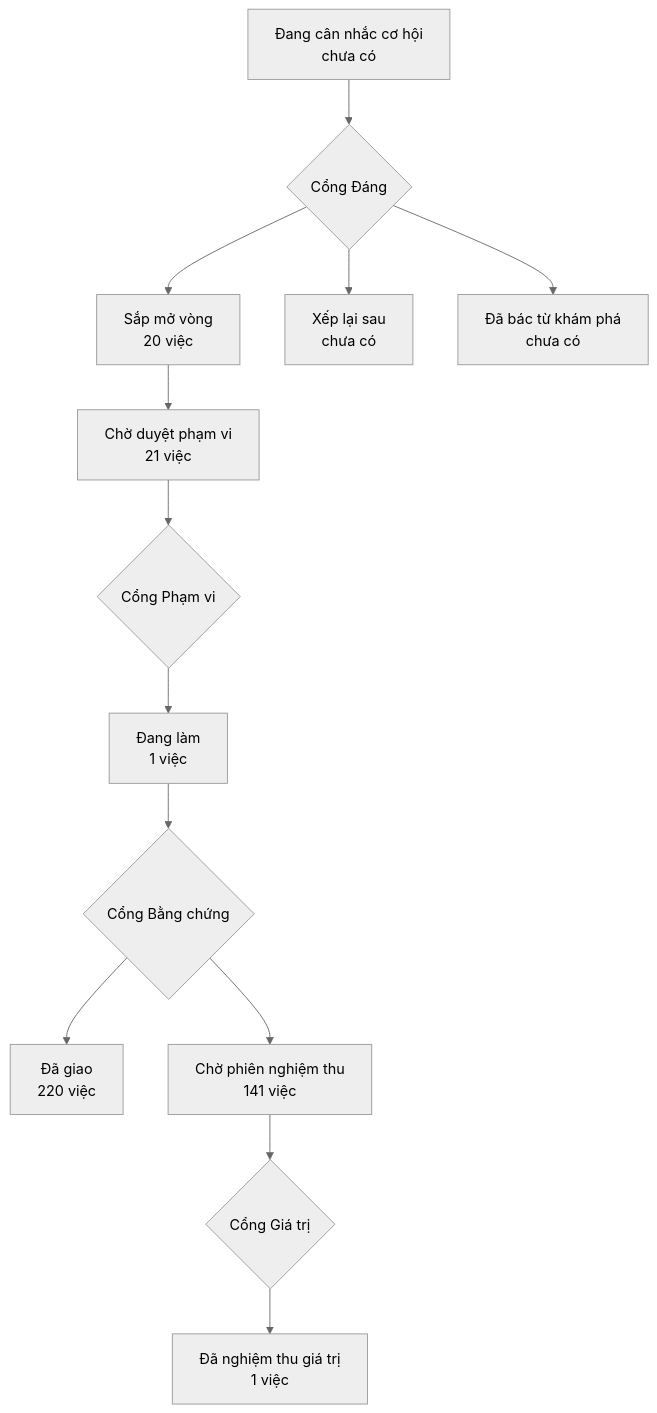
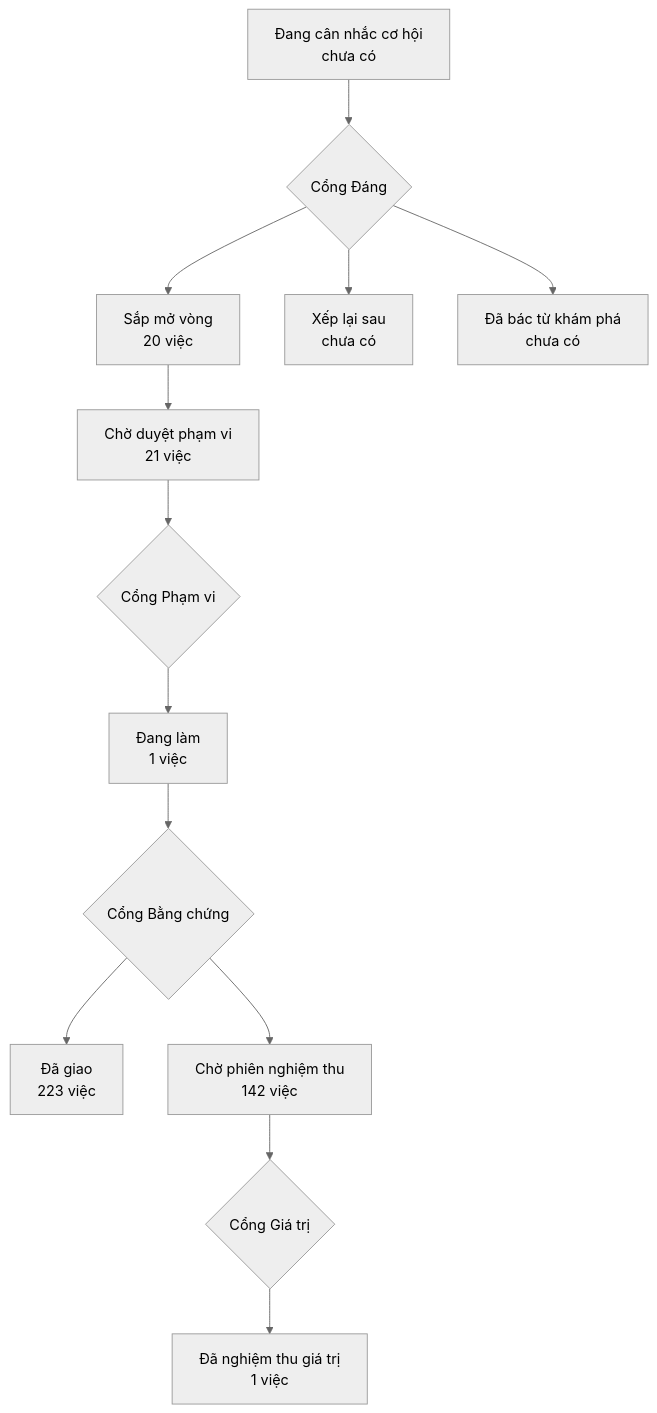
One commit to phanlemanh/onehub-invest changed the diagram in PRODUCT-MAP.md. Above: the diagram before and after it, drawn with Mermaid (neutral theme). The commit also changed other lines of this file and 1 other file, not shown here.

Commit message:
chore: sinh lại PRODUCT-MAP, LO-TRINH sau gộp main

````diff
--- a/PRODUCT-MAP.md
+++ b/PRODUCT-MAP.md
@@ -7,12 +7,12 @@
 ```mermaid
 flowchart TD
   A["Đang cân nhắc cơ hội<br/>chưa có"] --> GD{"Cổng Đáng"}
   GD --> B["Sắp mở vòng<br/>20 việc"]
   GD --> XL["Xếp lại sau<br/>chưa có"]
   GD --> DB["Đã bác từ khám phá<br/>chưa có"]
   B --> CD["Chờ duyệt phạm vi<br/>21 việc"] --> GP{"Cổng Phạm vi"}
   GP --> DL["Đang làm<br/>1 việc"] --> GB{"Cổng Bằng chứng"}
-  GB --> DG["Đã giao<br/>220 việc"]
-  GB --> CN["Chờ phiên nghiệm thu<br/>141 việc"] --> GG{"Cổng Giá trị"}
+  GB --> DG["Đã giao<br/>223 việc"]
+  GB --> CN["Chờ phiên nghiệm thu<br/>142 việc"] --> GG{"Cổng Giá trị"}
   GG --> NT["Đã nghiệm thu giá trị<br/>1 việc"]
 ```
````
